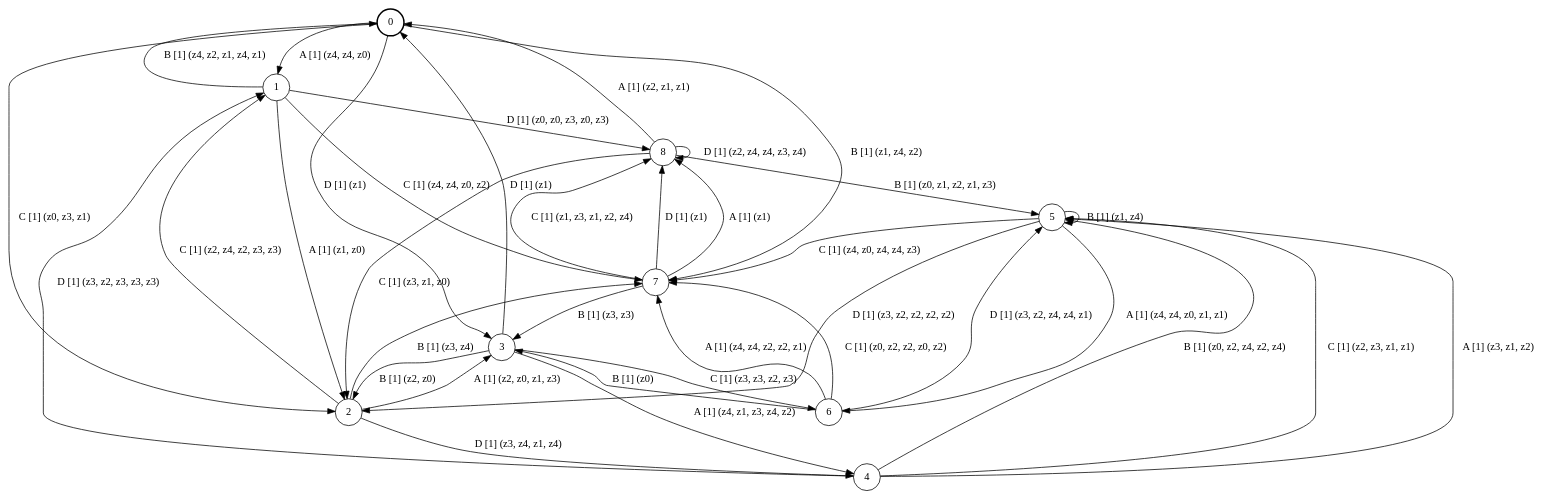
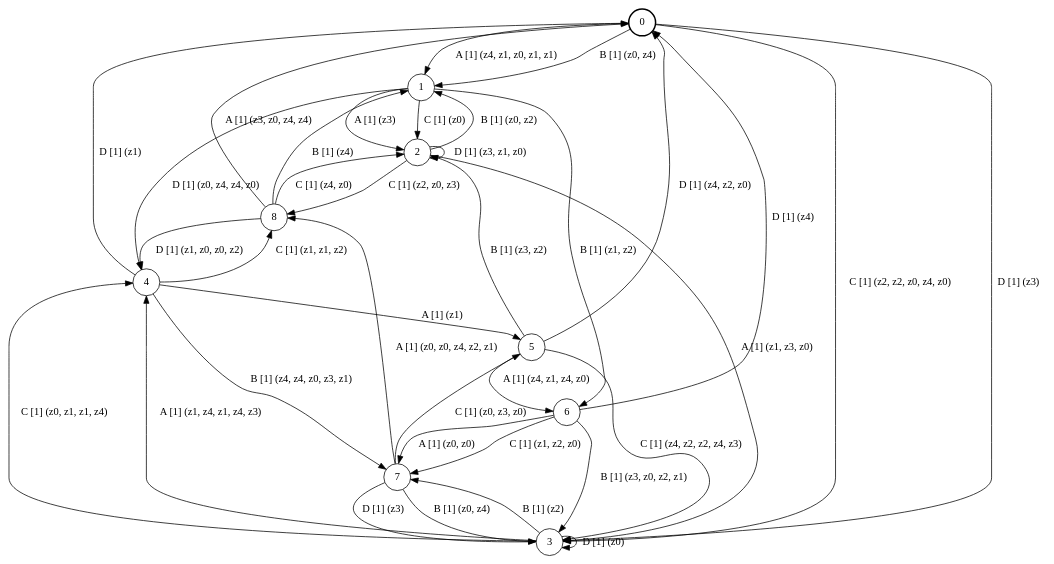
The diagram in qbf/testing/fsm_9s4e5a.dot (ulyantsev/EFSM-tools), drawn with Graphviz before and after one commit. The commit also changed 5228 other files, not shown here.

```diff
--- a/qbf/testing/fsm_9s4e5a.dot
+++ b/qbf/testing/fsm_9s4e5a.dot
@@ -1,42 +1,42 @@
 # generated file, don't try to modify
 # command: dot -Tpng <filename> > tree.png
 digraph Automaton {
     node [shape = circle];
     0 [style = "bold"];
-    0 -> 1 [label = "A [1] (z4, z4, z0) "];
-    0 -> 7 [label = "B [1] (z1, z4, z2) "];
-    0 -> 2 [label = "C [1] (z0, z3, z1) "];
-    0 -> 3 [label = "D [1] (z1) "];
-    1 -> 2 [label = "A [1] (z1, z0) "];
-    1 -> 0 [label = "B [1] (z4, z2, z1, z4, z1) "];
-    1 -> 7 [label = "C [1] (z4, z4, z0, z2) "];
-    1 -> 8 [label = "D [1] (z0, z0, z3, z0, z3) "];
-    2 -> 3 [label = "A [1] (z2, z0, z1, z3) "];
-    2 -> 7 [label = "B [1] (z3, z4) "];
-    2 -> 1 [label = "C [1] (z2, z4, z2, z3, z3) "];
-    2 -> 4 [label = "D [1] (z3, z4, z1, z4) "];
-    3 -> 4 [label = "A [1] (z4, z1, z3, z4, z2) "];
-    3 -> 2 [label = "B [1] (z2, z0) "];
-    3 -> 6 [label = "C [1] (z3, z3, z2, z3) "];
-    3 -> 0 [label = "D [1] (z1) "];
-    4 -> 5 [label = "A [1] (z3, z1, z2) "];
-    4 -> 5 [label = "B [1] (z0, z2, z4, z2, z4) "];
-    4 -> 5 [label = "C [1] (z2, z3, z1, z1) "];
-    4 -> 1 [label = "D [1] (z3, z2, z3, z3, z3) "];
-    5 -> 6 [label = "A [1] (z4, z4, z0, z1, z1) "];
-    5 -> 5 [label = "B [1] (z1, z4) "];
-    5 -> 7 [label = "C [1] (z4, z0, z4, z4, z3) "];
-    5 -> 2 [label = "D [1] (z3, z2, z2, z2, z2) "];
-    6 -> 7 [label = "A [1] (z4, z4, z2, z2, z1) "];
-    6 -> 3 [label = "B [1] (z0) "];
-    6 -> 7 [label = "C [1] (z0, z2, z2, z0, z2) "];
-    6 -> 5 [label = "D [1] (z3, z2, z4, z4, z1) "];
-    7 -> 8 [label = "A [1] (z1) "];
-    7 -> 3 [label = "B [1] (z3, z3) "];
-    7 -> 8 [label = "C [1] (z1, z3, z1, z2, z4) "];
-    7 -> 8 [label = "D [1] (z1) "];
-    8 -> 0 [label = "A [1] (z2, z1, z1) "];
-    8 -> 5 [label = "B [1] (z0, z1, z2, z1, z3) "];
-    8 -> 2 [label = "C [1] (z3, z1, z0) "];
-    8 -> 8 [label = "D [1] (z2, z4, z4, z3, z4) "];
+    0 -> 1 [label = "A [1] (z4, z1, z0, z1, z1) "];
+    0 -> 1 [label = "B [1] (z0, z4) "];
+    0 -> 3 [label = "C [1] (z2, z2, z0, z4, z0) "];
+    0 -> 3 [label = "D [1] (z3) "];
+    1 -> 2 [label = "A [1] (z3) "];
+    1 -> 6 [label = "B [1] (z1, z2) "];
+    1 -> 2 [label = "C [1] (z0) "];
+    1 -> 4 [label = "D [1] (z0, z4, z4, z0) "];
+    2 -> 3 [label = "A [1] (z1, z3, z0) "];
+    2 -> 1 [label = "B [1] (z0, z2) "];
+    2 -> 8 [label = "C [1] (z2, z0, z3) "];
+    2 -> 2 [label = "D [1] (z3, z1, z0) "];
+    3 -> 4 [label = "A [1] (z1, z4, z1, z4, z3) "];
+    3 -> 7 [label = "B [1] (z2) "];
+    3 -> 4 [label = "C [1] (z0, z1, z1, z4) "];
+    3 -> 3 [label = "D [1] (z0) "];
+    4 -> 5 [label = "A [1] (z1) "];
+    4 -> 7 [label = "B [1] (z4, z4, z0, z3, z1) "];
+    4 -> 8 [label = "C [1] (z1, z1, z2) "];
+    4 -> 0 [label = "D [1] (z1) "];
+    5 -> 6 [label = "A [1] (z4, z1, z4, z0) "];
+    5 -> 2 [label = "B [1] (z3, z2) "];
+    5 -> 3 [label = "C [1] (z4, z2, z2, z4, z3) "];
+    5 -> 0 [label = "D [1] (z4, z2, z0) "];
+    6 -> 7 [label = "A [1] (z0, z0) "];
+    6 -> 3 [label = "B [1] (z3, z0, z2, z1) "];
+    6 -> 7 [label = "C [1] (z1, z2, z0) "];
+    6 -> 0 [label = "D [1] (z4) "];
+    7 -> 8 [label = "A [1] (z0, z0, z4, z2, z1) "];
+    7 -> 3 [label = "B [1] (z0, z4) "];
+    7 -> 5 [label = "C [1] (z0, z3, z0) "];
+    7 -> 3 [label = "D [1] (z3) "];
+    8 -> 0 [label = "A [1] (z3, z0, z4, z4) "];
+    8 -> 1 [label = "B [1] (z4) "];
+    8 -> 2 [label = "C [1] (z4, z0) "];
+    8 -> 4 [label = "D [1] (z1, z0, z0, z2) "];
 }
```
